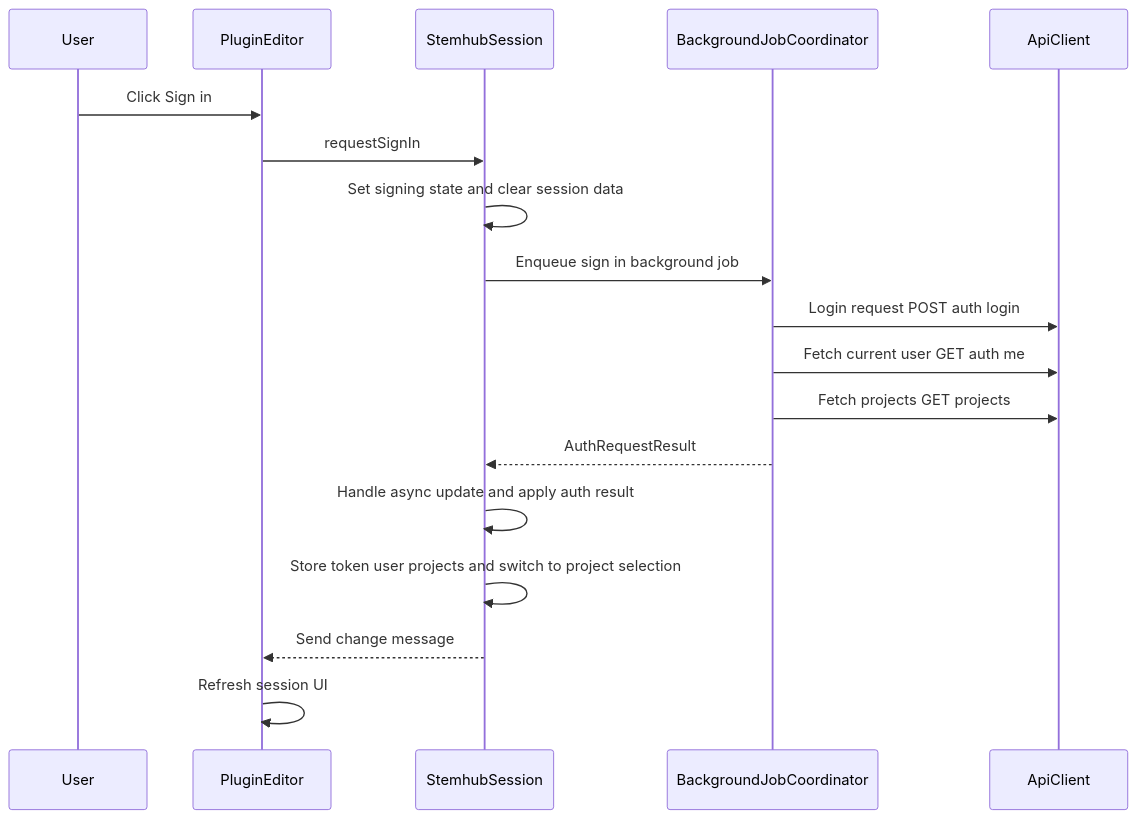
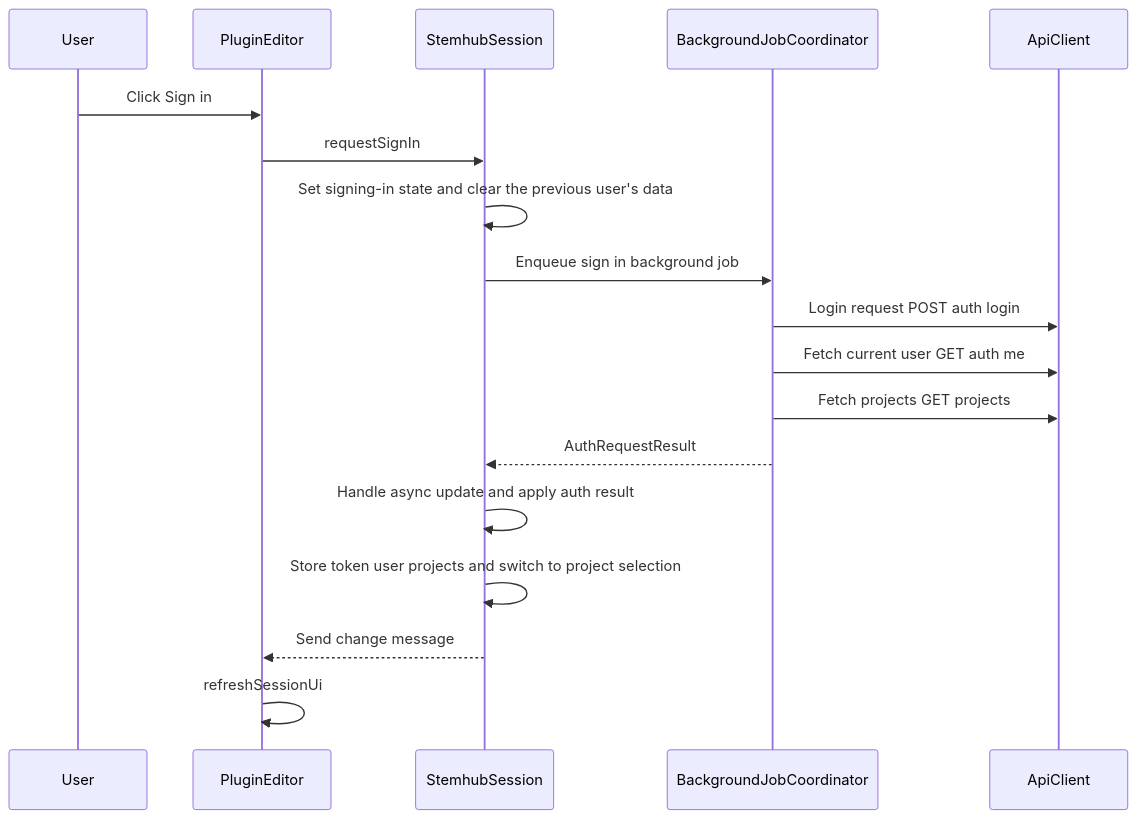
The first of 4 diagrams in docs/plugin-data-flow.md (stemhub-org/Stemhub), drawn with Mermaid before and after one commit. The commit also changed other lines of this file and 13 other files, not shown here.

````diff
--- a/docs/plugin-data-flow.md
+++ b/docs/plugin-data-flow.md
@@ -141,21 +155,21 @@
 ```mermaid
 sequenceDiagram
     participant U as User
     participant E as PluginEditor
     participant P as StemhubSession
     participant J as BackgroundJobCoordinator
     participant A as ApiClient
 
     U->>E: Click Sign in
     E->>P: requestSignIn
-    P->>P: Set signing state and clear session data
+    P->>P: Set signing-in state and clear the previous user's data
     P->>J: Enqueue sign in background job
     J->>A: Login request POST auth login
     J->>A: Fetch current user GET auth me
     J->>A: Fetch projects GET projects
     J-->>P: AuthRequestResult
     P->>P: Handle async update and apply auth result
     P->>P: Store token user projects and switch to project selection
     P-->>E: Send change message
-    E->>E: Refresh session UI
+    E->>E: refreshSessionUi
 ```
````
